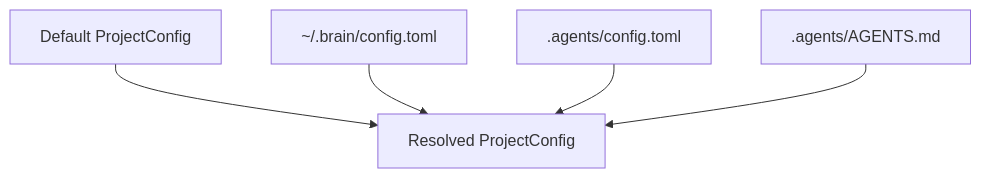
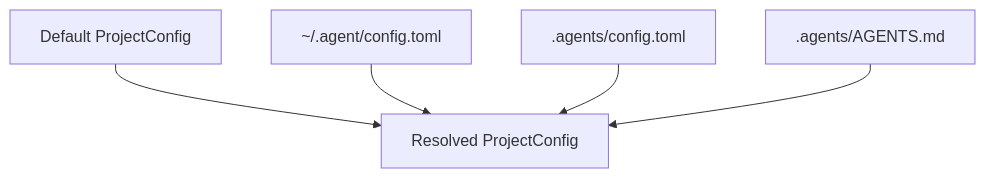
The diagram in docs/architecture/config.md (leto-labs/leto), drawn with Mermaid before and after one commit. The commit also changed other lines of this file and 160 other files, not shown here.

````diff
--- a/docs/architecture/config.md
+++ b/docs/architecture/config.md
@@ -34,13 +35,13 @@
 ```mermaid
 flowchart TD
     Defaults[Default ProjectConfig]
-    Global[~/.brain/config.toml]
+    Global[~/.agent/config.toml]
     Local[.agents/config.toml]
     Agents[.agents/AGENTS.md]
     Final[Resolved ProjectConfig]
 
     Defaults --> Final
     Global --> Final
     Local --> Final
     Agents --> Final
 ```
````
